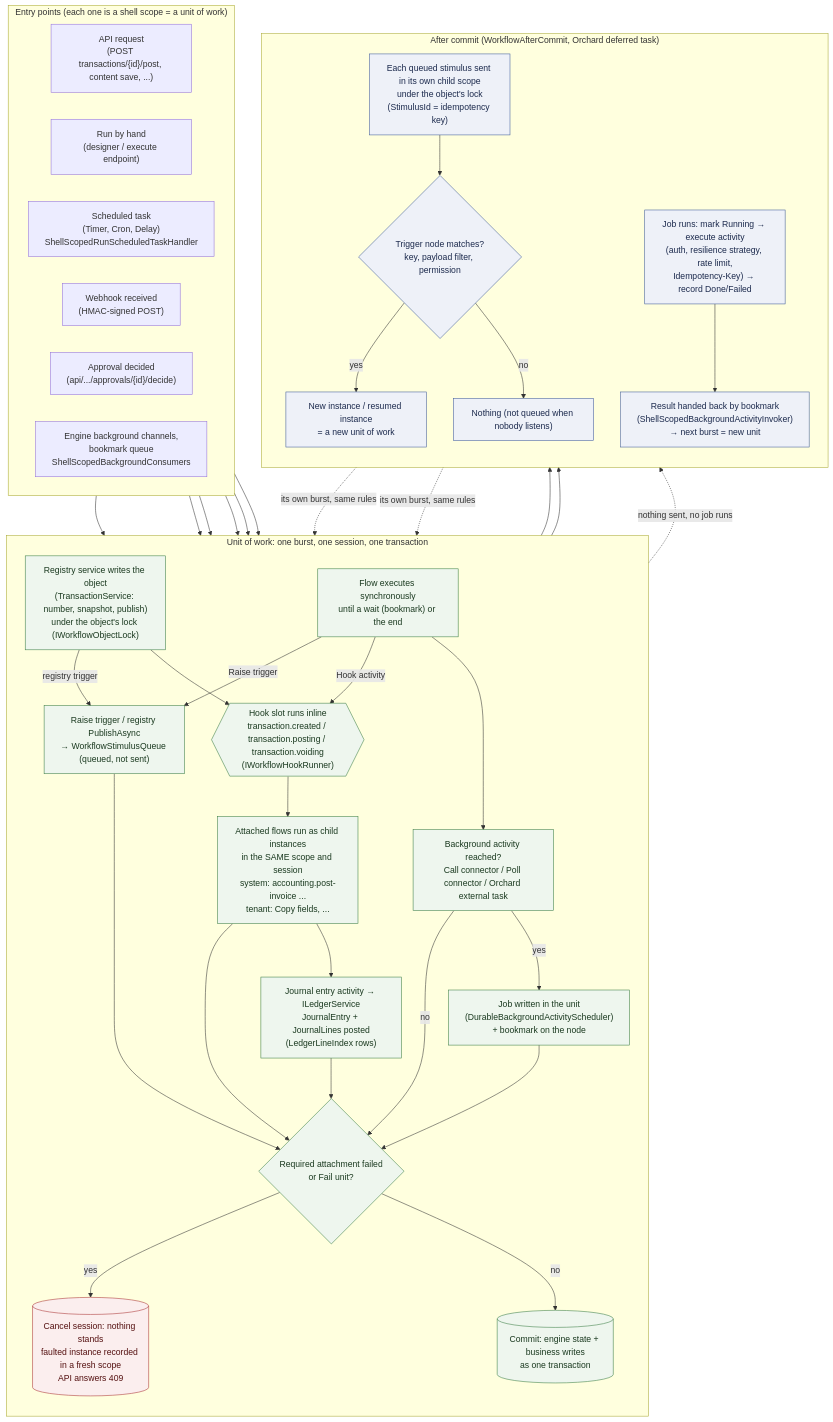
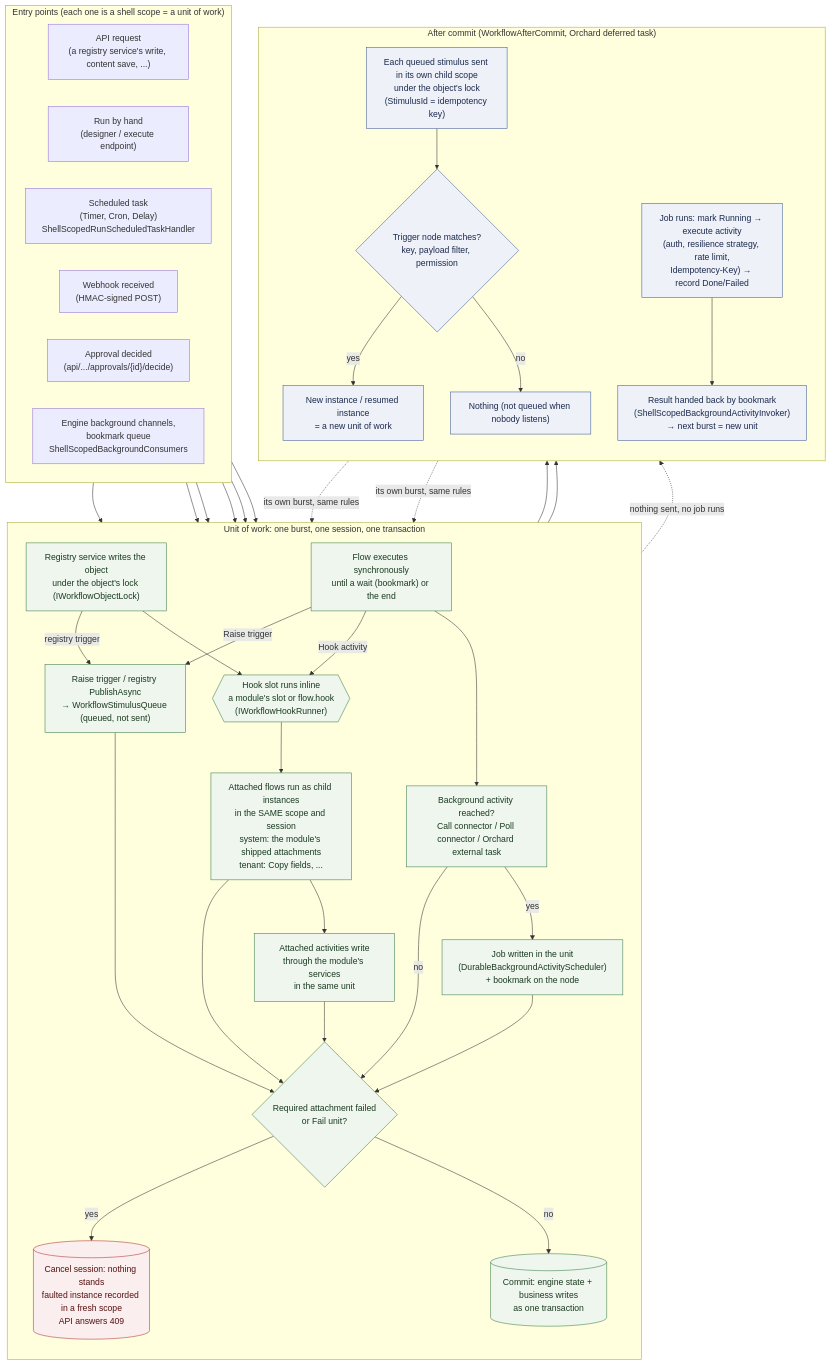
The diagram in docs/workflows.mmd (JesseRigon/Crest), drawn with Mermaid before and after one commit. The commit also changed 65 other files, not shown here.

```diff
--- a/docs/workflows.mmd
+++ b/docs/workflows.mmd
@@ -1,78 +1,78 @@
 %% How a Crest workflow gets triggered and runs: entry points, the unit of work a burst
 %% commits as, what happens inside the unit (hooks) versus after it (triggers, external
-%% calls), and the posting engine as the worked example. See docs/workflows.md.
+%% calls). See docs/workflows.md; a consuming module's docs carry its worked example.
 flowchart TB
     subgraph Entry["Entry points (each one is a shell scope = a unit of work)"]
         direction LR
-        API["API request<br/>(POST transactions/{id}/post, content save, ...)"]
+        API["API request<br/>(a registry service's write, content save, ...)"]
         Manual["Run by hand<br/>(designer / execute endpoint)"]
         Timer["Scheduled task<br/>(Timer, Cron, Delay)<br/>ShellScopedRunScheduledTaskHandler"]
         Webhook["Webhook received<br/>(HMAC-signed POST)"]
         Decision["Approval decided<br/>(api/.../approvals/{id}/decide)"]
         Channels["Engine background channels,<br/>bookmark queue<br/>ShellScopedBackgroundConsumers"]
     end
 
     subgraph Unit["Unit of work: one burst, one session, one transaction"]
         direction TB
-        Service["Registry service writes the object<br/>(TransactionService: number, snapshot, publish)<br/>under the object's lock (IWorkflowObjectLock)"]
-        HookSlot{{"Hook slot runs inline<br/>transaction.created / transaction.posting / transaction.voiding<br/>(IWorkflowHookRunner)"}}
-        Attach["Attached flows run as child instances<br/>in the SAME scope and session<br/>system: accounting.post-invoice ...<br/>tenant: Copy fields, ..."]
-        Ledger["Journal entry activity → ILedgerService<br/>JournalEntry + JournalLines posted<br/>(LedgerLineIndex rows)"]
+        Service["Registry service writes the object<br/>under the object's lock (IWorkflowObjectLock)"]
+        HookSlot{{"Hook slot runs inline<br/>a module's slot or flow.hook<br/>(IWorkflowHookRunner)"}}
+        Attach["Attached flows run as child instances<br/>in the SAME scope and session<br/>system: the module's shipped attachments<br/>tenant: Copy fields, ..."]
+        Ledger["Attached activities write<br/>through the module's services<br/>in the same unit"]
         Burst["Flow executes synchronously<br/>until a wait (bookmark) or the end"]
         Mark["Background activity reached?<br/>Call connector / Poll connector / Orchard external task"]
         Job["Job written in the unit<br/>(DurableBackgroundActivityScheduler)<br/>+ bookmark on the node"]
         Raise["Raise trigger / registry PublishAsync<br/>→ WorkflowStimulusQueue (queued, not sent)"]
         Fail{"Required attachment failed<br/>or Fail unit?"}
         Commit[("Commit: engine state + business writes<br/>as one transaction")]
         Cancel[("Cancel session: nothing stands<br/>faulted instance recorded in a fresh scope<br/>API answers 409")]
     end
 
     subgraph After["After commit (WorkflowAfterCommit, Orchard deferred task)"]
         direction TB
         Send["Each queued stimulus sent in its own child scope<br/>under the object's lock<br/>(StimulusId = idempotency key)"]
         Match{"Trigger node matches?<br/>key, payload filter, permission"}
         NewRun["New instance / resumed instance<br/>= a new unit of work"]
         Nothing["Nothing (not queued when nobody listens)"]
         RunJob["Job runs: mark Running → execute activity<br/>(auth, resilience strategy, rate limit,<br/>Idempotency-Key) → record Done/Failed"]
         Resume["Result handed back by bookmark<br/>(ShellScopedBackgroundActivityInvoker)<br/>→ next burst = new unit"]
     end
 
     API --> Service
     Manual --> Burst
     Timer --> Burst
     Webhook --> Burst
     Decision --> Burst
     Channels --> Burst
 
     Service --> HookSlot
     HookSlot --> Attach
     Attach --> Ledger
     Attach --> Fail
     Burst --> Mark
     Burst -->|Hook activity| HookSlot
     Burst -->|Raise trigger| Raise
     Service -->|registry trigger| Raise
     Mark -->|yes| Job
     Mark -->|no| Fail
     Job --> Fail
     Raise --> Fail
     Ledger --> Fail
     Fail -->|no| Commit
     Fail -->|yes| Cancel
 
     Commit --> Send
     Commit --> RunJob
     Cancel -.->|"nothing sent, no job runs"| Nothing
     Send --> Match
     Match -->|yes| NewRun
     Match -->|no| Nothing
     RunJob --> Resume
     NewRun -.->|"its own burst, same rules"| Burst
     Resume -.->|"its own burst, same rules"| Burst
 
     classDef inside fill:#eef6ee,stroke:#3a7d44,color:#1b3a20;
     classDef after fill:#eef1f8,stroke:#3d5a99,color:#1c2a4d;
     classDef bad fill:#fbeeee,stroke:#a33,color:#511;
     class Service,HookSlot,Attach,Ledger,Burst,Mark,Job,Raise,Fail,Commit inside;
     class Send,Match,NewRun,Nothing,RunJob,Resume after;
     class Cancel bad;
```
